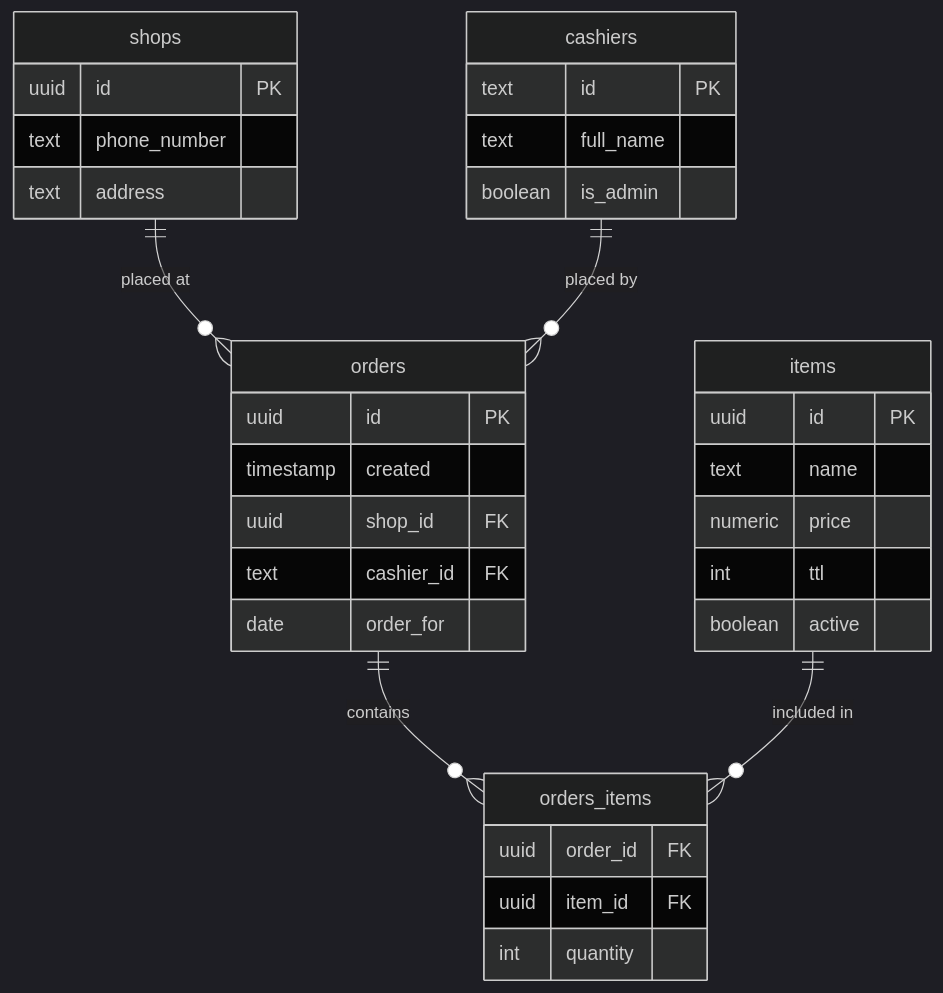
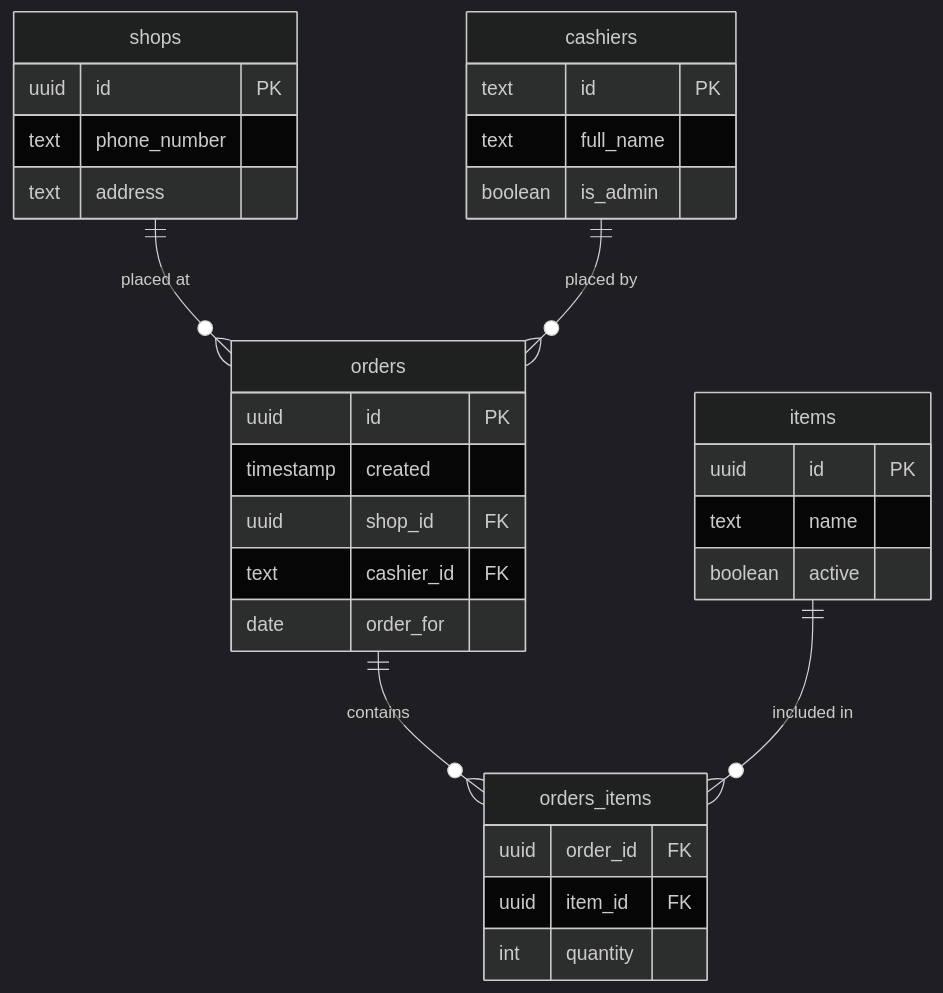
The diagram in README.md (slavikyd/vanil_web), drawn with Mermaid (dark theme) before and after one commit. The commit also changed 73 other files, not shown here.

````diff
--- a/README.md
+++ b/README.md
@@ -1,40 +1,39 @@
 ```mermaid
 erDiagram
     shops {
         uuid id PK
         text phone_number
         text address
     }
     items {
         uuid id PK
         text name
-        numeric price
-        int ttl
+
         boolean active
     }
 
     cashiers {
         text id PK
         text full_name
         boolean is_admin
     }
     orders {
         uuid id PK
         timestamp created
         uuid shop_id FK
         text cashier_id FK
         date order_for
     }
     orders_items {
         uuid order_id FK
         uuid item_id FK
         int quantity
     }
 
 
     shops ||--o{ orders : "placed at"
     cashiers ||--o{ orders : "placed by"
     orders ||--o{ orders_items : "contains"
     items ||--o{ orders_items : "included in"
 
 ```
````
